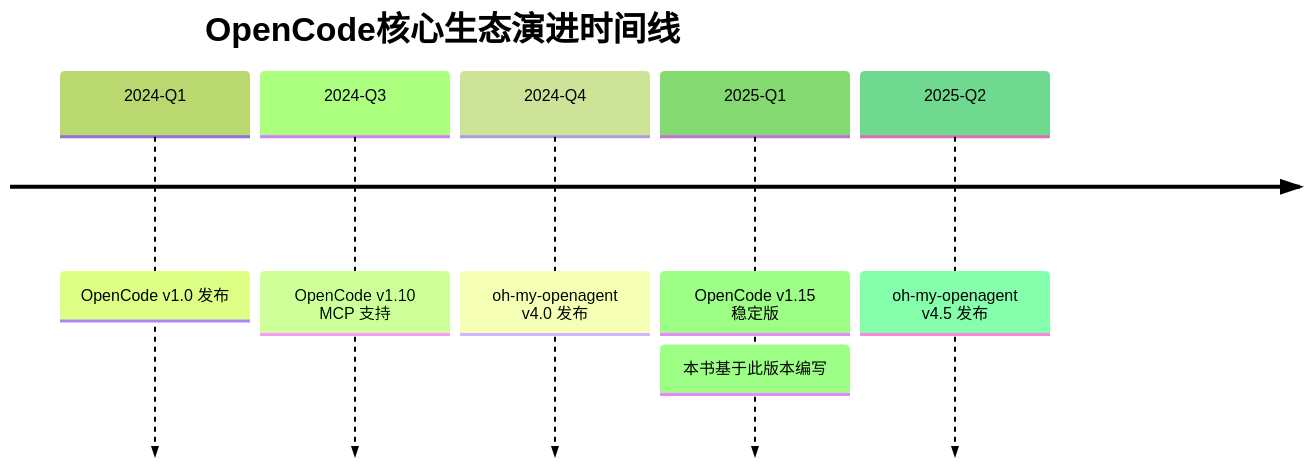
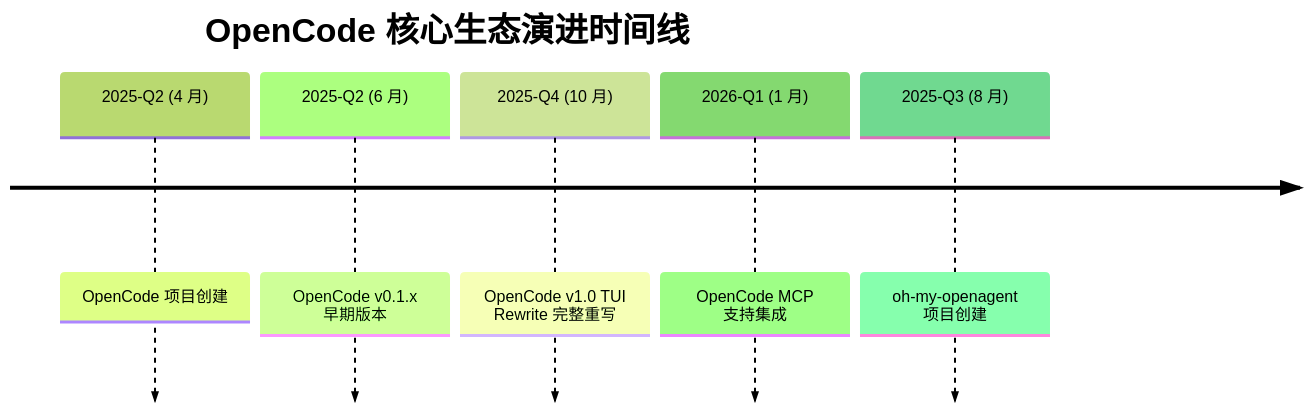
One commit to tonydeng/harness-engineering-from-oc-to-ai-coding changed the fifth of 6 diagrams in src/00-guide/README.md. Above: the diagram before and after it, drawn with Mermaid (forest theme). The commit also changed other lines of this file and 331 other files, not shown here.

````diff
--- a/src/00-guide/README.md
+++ b/src/00-guide/README.md
@@ -330,10 +334,9 @@
 ```mermaid
 timeline
-    title OpenCode核心生态演进时间线
-    2024-Q1 : OpenCode v1.0 发布
-    2024-Q3 : OpenCode v1.10 MCP 支持
-    2024-Q4 : oh-my-openagent v4.0 发布
-    2025-Q1 : OpenCode v1.15 稳定版
-           : 本书基于此版本编写
-    2025-Q2 : oh-my-openagent v4.5 发布
+    title OpenCode 核心生态演进时间线
+    2025-Q2 (4 月) : OpenCode 项目创建
+    2025-Q2 (6 月) : OpenCode v0.1.x 早期版本
+    2025-Q4 (10 月) : OpenCode v1.0 TUI Rewrite 完整重写
+    2026-Q1 (1 月) : OpenCode MCP 支持集成
+    2025-Q3 (8 月) : oh-my-openagent 项目创建
 ```
````
